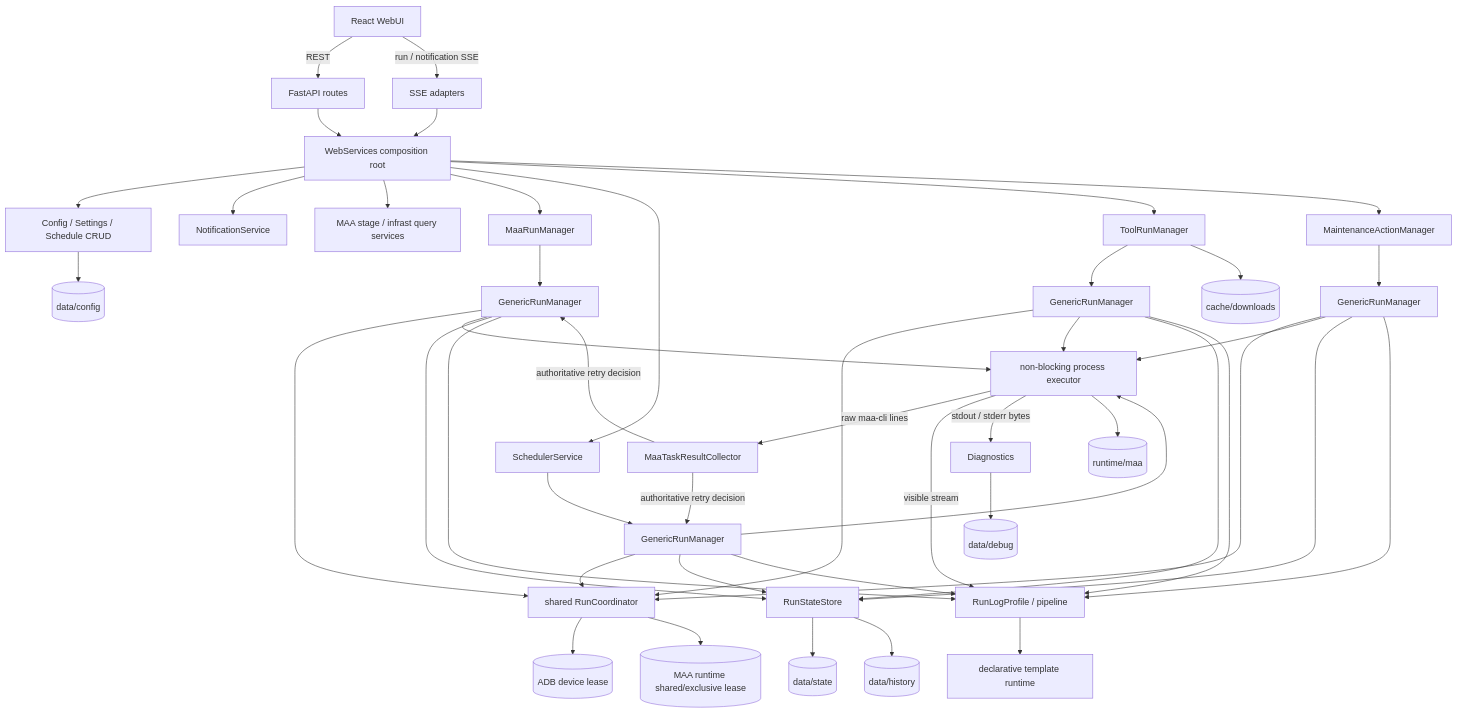
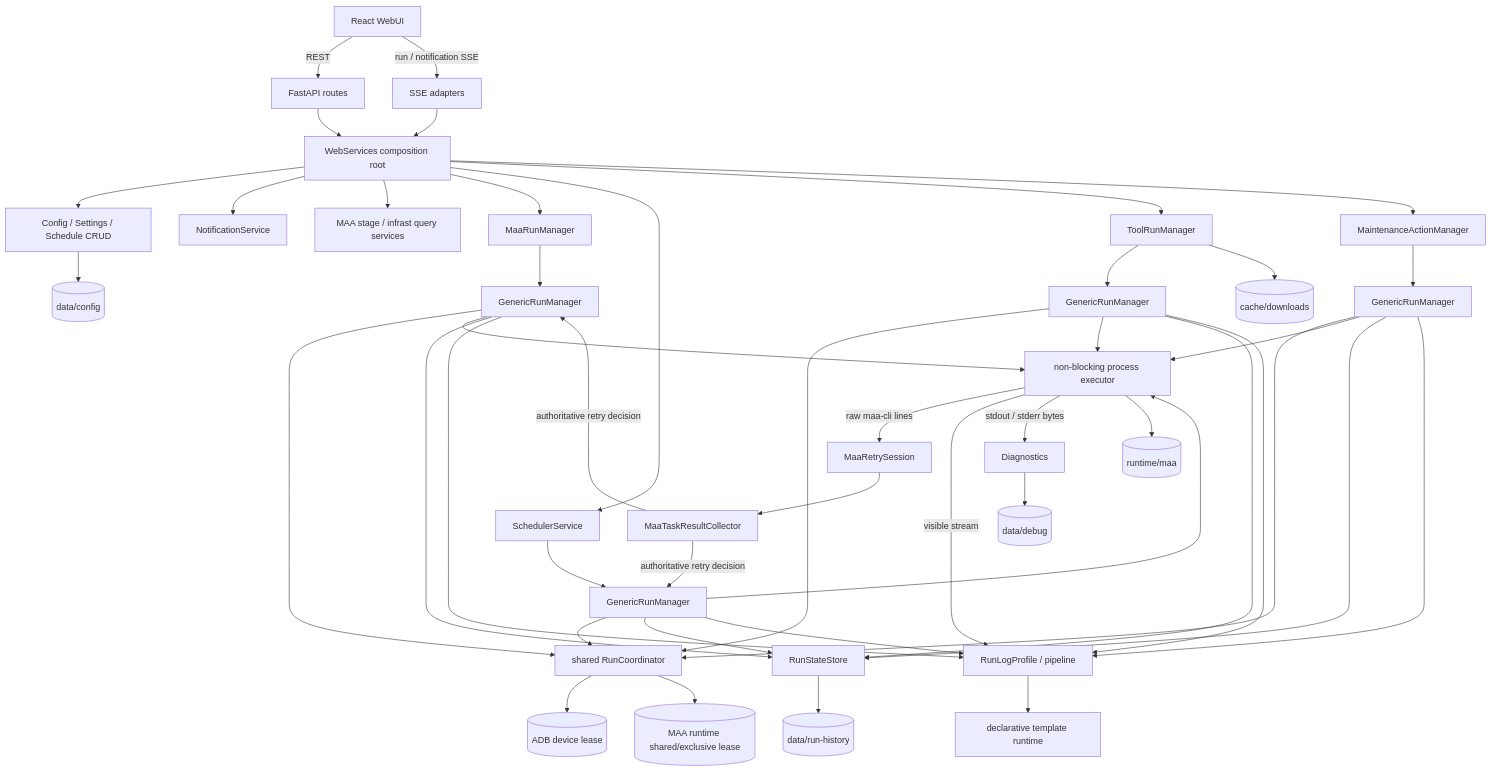
The diagram in docs/BACKEND_AUDIT.md (Starseeker-xz/Maa_auto_panel), drawn with Mermaid before and after one commit. The commit also changed other lines of this file and 52 other files, not shown here.

````diff
--- a/docs/BACKEND_AUDIT.md
+++ b/docs/BACKEND_AUDIT.md
@@ -24,43 +23,43 @@
 ```mermaid
 flowchart TB
     Browser[React WebUI] -->|REST| API[FastAPI routes]
     Browser -->|run / notification SSE| SSE[SSE adapters]
     API --> WS[WebServices composition root]
     SSE --> WS
 
     WS --> Config[Config / Settings / Schedule CRUD]
     WS --> Notify[NotificationService]
     WS --> Stage[MAA stage / infrast query services]
 
     WS --> Manual[MaaRunManager]
     WS --> Scheduler[SchedulerService]
     WS --> Tools[ToolRunManager]
     WS --> Maintenance[MaintenanceActionManager]
 
     Manual --> GRM1[GenericRunManager]
     Scheduler --> GRM2[GenericRunManager]
     Tools --> GRM3[GenericRunManager]
     Maintenance --> GRM4[GenericRunManager]
 
     GRM1 & GRM2 & GRM3 & GRM4 --> Coordinator[shared RunCoordinator]
     GRM1 & GRM2 & GRM3 & GRM4 --> Process[non-blocking process executor]
     GRM1 & GRM2 & GRM3 & GRM4 --> Store[RunStateStore]
     GRM1 & GRM2 & GRM3 & GRM4 --> Logs[RunLogProfile / pipeline]
 
-    Process -->|raw maa-cli lines| Result[MaaTaskResultCollector]
+    Process -->|raw maa-cli lines| RetrySession[MaaRetrySession]
+    RetrySession --> Result[MaaTaskResultCollector]
     Process -->|visible stream| Logs
     Process -->|stdout / stderr bytes| Diagnostics[Diagnostics]
     Logs --> Template[declarative template runtime]
     Result -->|authoritative retry decision| GRM1
     Result -->|authoritative retry decision| GRM2
 
     Coordinator --> ADB[(ADB device lease)]
     Coordinator --> RuntimeLease[(MAA runtime shared/exclusive lease)]
 
     Config --> Data[(data/config)]
-    Store --> State[(data/state)]
-    Store --> History[(data/history)]
+    Store --> History[(data/run-history)]
     Diagnostics --> Debug[(data/debug)]
     Process --> MaaRuntime[(runtime/maa)]
     Tools --> Cache[(cache/downloads)]
 ```
````
